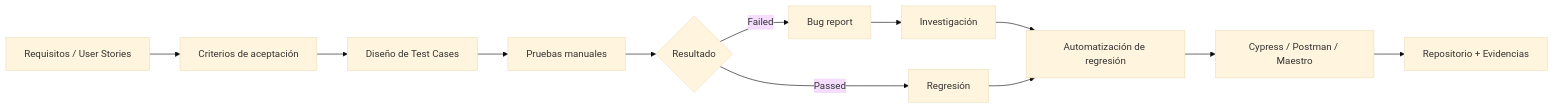
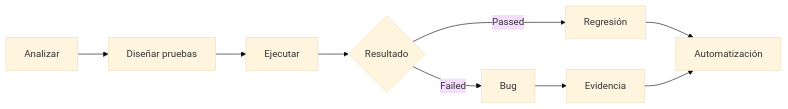
Before and after one commit to MichaelR21z/shady-meadows-bnb-automation: the first of 6 diagrams in README.md, drawn with Mermaid (base theme). The commit also changed other lines of this file, not shown here.

````diff
--- a/README.md
+++ b/README.md
@@ -36,14 +22,11 @@
 ```mermaid
 flowchart LR
-    A[Requisitos / User Stories] --> B[Criterios de aceptación]
-    B --> C[Diseño de Test Cases]
-    C --> D[Pruebas manuales]
-    D --> E{Resultado}
-    E -->|Passed| F[Regresión]
-    E -->|Failed| G[Bug report]
-    G --> H[Investigación]
-    H --> I[Automatización de regresión]
-    F --> I
-    I --> J[Cypress / Postman / Maestro]
-    J --> K[Repositorio + Evidencias]
+    A[Analizar] --> B[Diseñar pruebas]
+    B --> C[Ejecutar]
+    C --> D{Resultado}
+    D -->|Passed| E[Regresión]
+    D -->|Failed| F[Bug]
+    F --> G[Evidencia]
+    E --> H[Automatización]
+    G --> H
 ```
````
